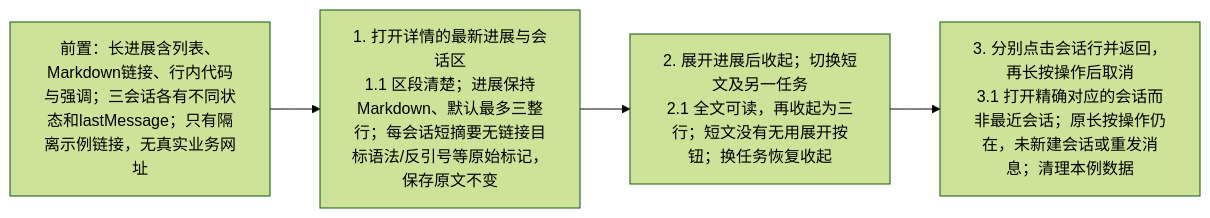
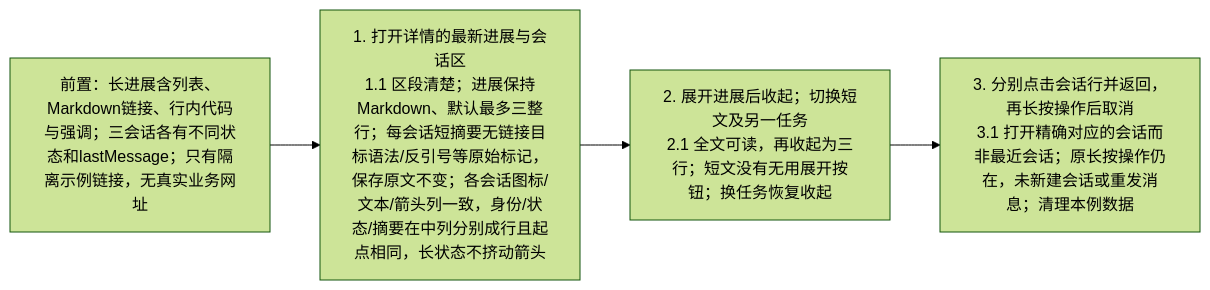
The third of 6 diagrams in docs/issue/本地任务管理/tests/cases/手机详情与跨组子任务回归.md (Fartown/orca), drawn with Mermaid (forest theme) before and after one commit. The commit also changed other lines of this file and 47 other files, not shown here.

````diff
--- a/docs/issue/本地任务管理/tests/cases/手机详情与跨组子任务回归.md
+++ b/docs/issue/本地任务管理/tests/cases/手机详情与跨组子任务回归.md
@@ -55,6 +57,6 @@
 ```mermaid
 flowchart LR
-  A["前置：长进展含列表、Markdown链接、行内代码与强调；三会话各有不同状态和lastMessage；只有隔离示例链接，无真实业务网址"] --> B["1. 打开详情的最新进展与会话区<br/>1.1 区段清楚；进展保持Markdown、默认最多三整行；每会话短摘要无链接目标语法/反引号等原始标记，保存原文不变"]
+  A["前置：长进展含列表、Markdown链接、行内代码与强调；三会话各有不同状态和lastMessage；只有隔离示例链接，无真实业务网址"] --> B["1. 打开详情的最新进展与会话区<br/>1.1 区段清楚；进展保持Markdown、默认最多三整行；每会话短摘要无链接目标语法/反引号等原始标记，保存原文不变；各会话图标/文本/箭头列一致，身份/状态/摘要在中列分别成行且起点相同，长状态不挤动箭头"]
   B --> C["2. 展开进展后收起；切换短文及另一任务<br/>2.1 全文可读，再收起为三行；短文没有无用展开按钮；换任务恢复收起"]
   C --> D["3. 分别点击会话行并返回，再长按操作后取消<br/>3.1 打开精确对应的会话而非最近会话；原长按操作仍在，未新建会话或重发消息；清理本例数据"]
 ```
````
